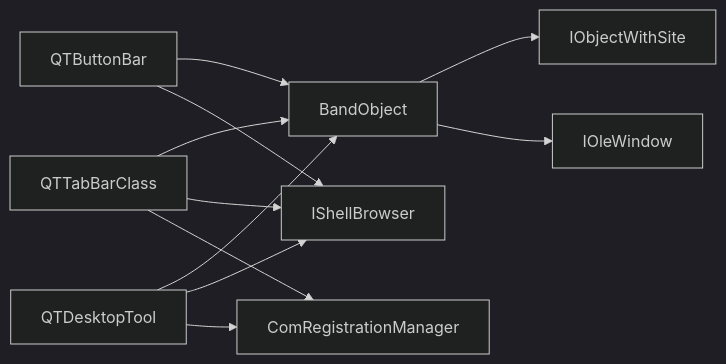
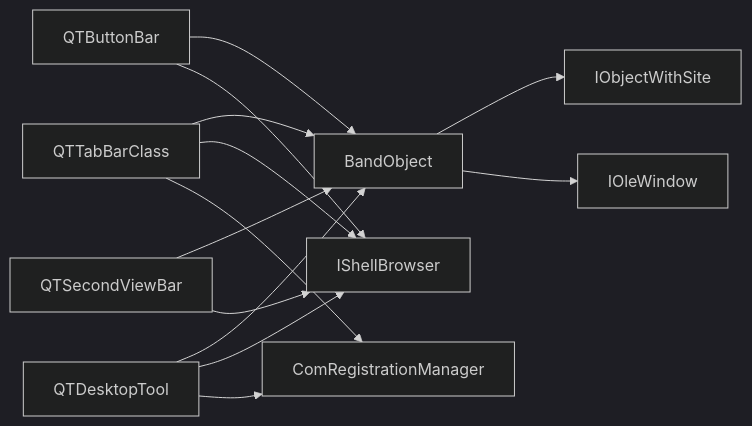
Before and after one commit to rainiva/QTTabBar-Next: the seventh of 7 diagrams in .qoder/repowiki/zh/content/架构设计/Shell 扩展集成.md, drawn with Mermaid (dark theme). The commit also changed other lines of this file and 415 other files, not shown here.

````diff
--- a/.qoder/repowiki/zh/content/架构设计/Shell 扩展集成.md
+++ b/.qoder/repowiki/zh/content/架构设计/Shell 扩展集成.md
@@ -328,13 +361,15 @@
 ```mermaid
 graph LR
 QTB["QTTabBarClass"] --> BO["BandObject"]
 QTTB["QTButtonBar"] --> BO
 QDT["QTDesktopTool"] --> BO
+QSVB["QTSecondViewBar"] --> BO
 QTB --> SB["IShellBrowser"]
 QTTB --> SB
 QDT --> SB
+QSVB --> SB
 QTB --> CRM["ComRegistrationManager"]
 QDT --> CRM
 BO --> IOWS["IObjectWithSite"]
 BO --> IOW["IOleWindow"]
 ```
````
